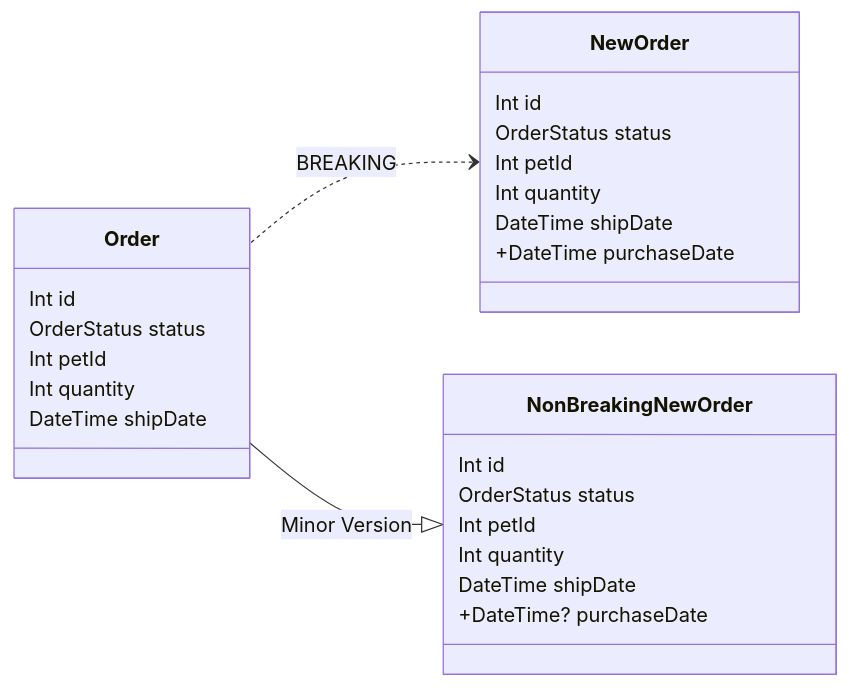
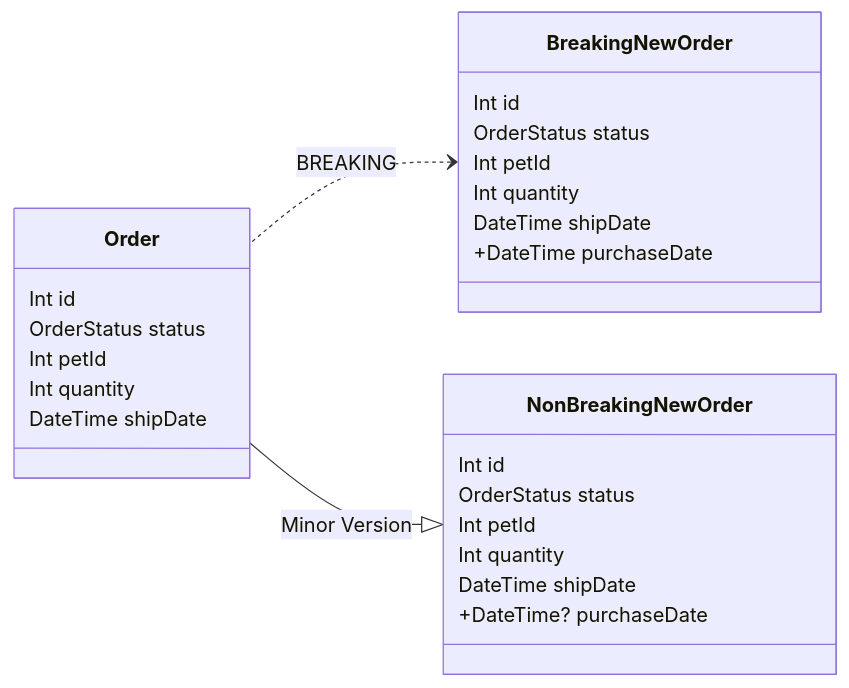
The seventh of 17 diagrams in docs/_posts/2023-05-03-api-design.md (cwboden/.dotfiles), drawn with Mermaid before and after one commit. The commit also changed other lines of this file, not shown here.

```diff
--- a/docs/_posts/2023-05-03-api-design.md
+++ b/docs/_posts/2023-05-03-api-design.md
@@ -170,29 +312,29 @@
 {% mermaid %}
 classDiagram
     direction RL
-    NewOrder <.. Order : BREAKING
+    BreakingNewOrder <.. Order : BREAKING
     NonBreakingNewOrder <|-- Order : Minor Version
     class Order {
         Int id
         OrderStatus status
         Int petId
         Int quantity
         DateTime shipDate
     }
-    class NewOrder {
+    class BreakingNewOrder {
         Int id
         OrderStatus status
         Int petId
         Int quantity
         DateTime shipDate
         +DateTime purchaseDate
     }
     class NonBreakingNewOrder {
         Int id
         OrderStatus status
         Int petId
         Int quantity
         DateTime shipDate
         +DateTime? purchaseDate
     }
 {% endmermaid %}
```
